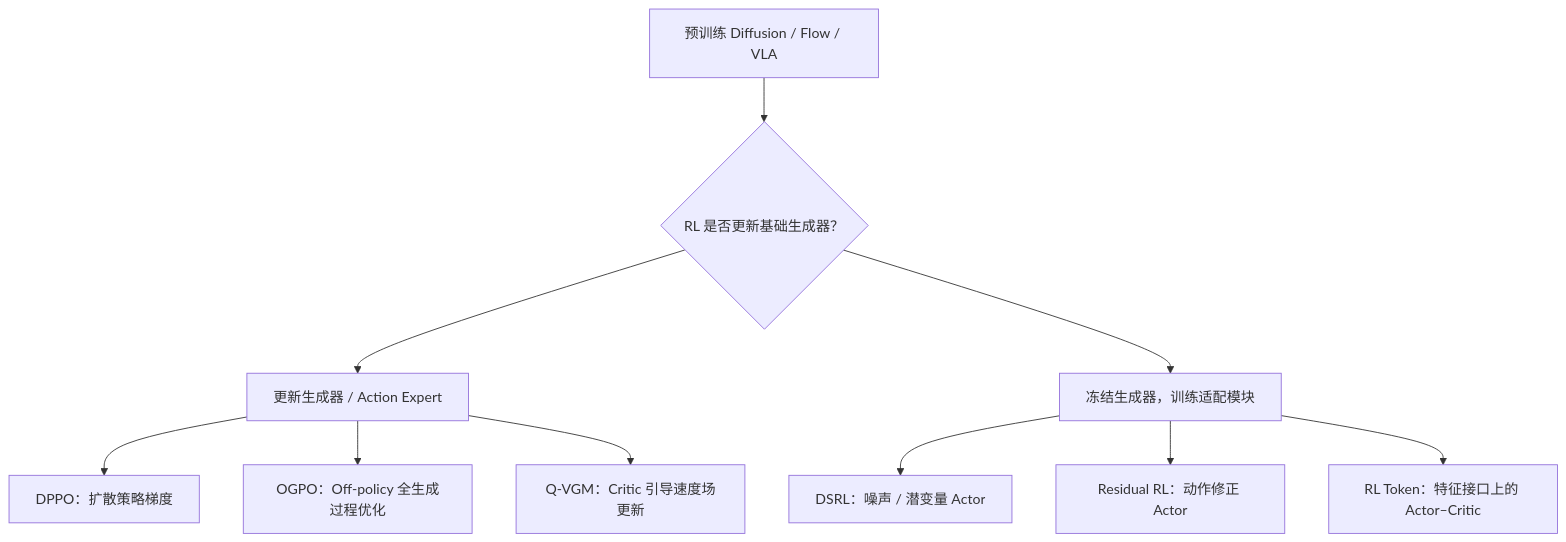
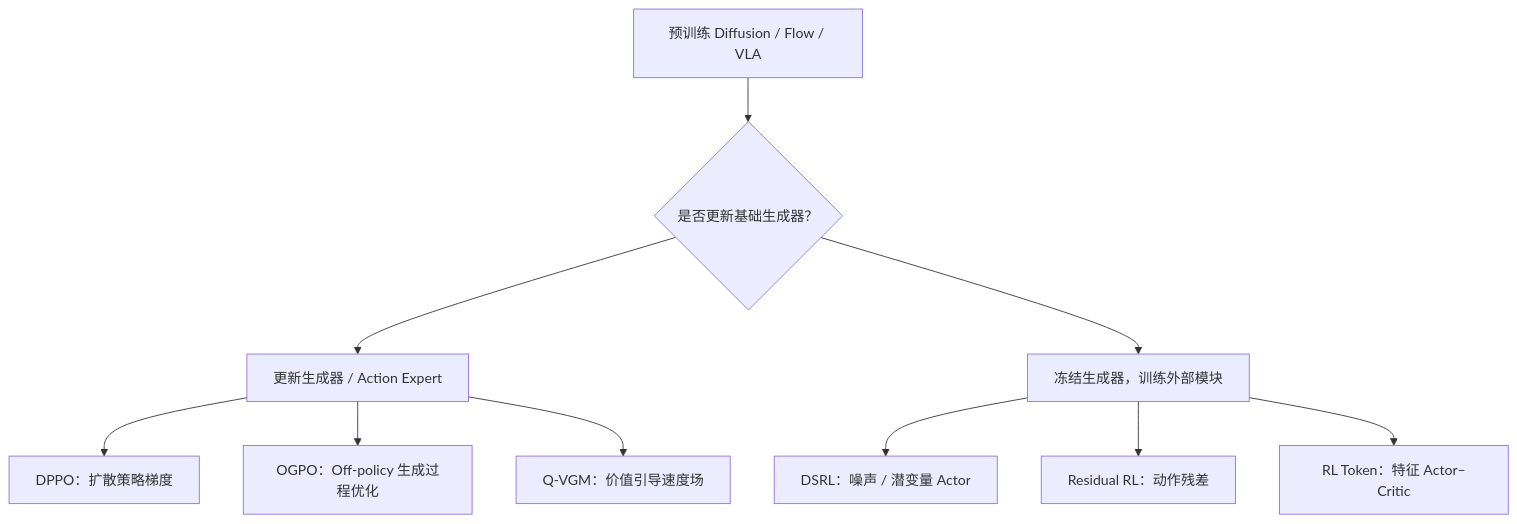
Before and after one commit to zengxiong111/Foundation_of_Embodied_AI: the second of 5 diagrams in md/RL_Post_Training_ZH.md, drawn with Mermaid. The commit also changed other lines of this file and 6 other files, not shown here.

````diff
--- a/md/RL_Post_Training_ZH.md
+++ b/md/RL_Post_Training_ZH.md
@@ -65,13 +64,13 @@
 ```mermaid
 %% FIG: taxonomy
 flowchart TB
-  P["预训练 Diffusion / Flow / VLA"] --> Q{"RL 是否更新基础生成器？"}
+  P["预训练 Diffusion / Flow / VLA"] --> Q{"是否更新基础生成器？"}
   Q --> U["更新生成器 / Action Expert"]
-  Q --> Z["冻结生成器，训练适配模块"]
+  Q --> Z["冻结生成器，训练外部模块"]
   U --> A["DPPO：扩散策略梯度"]
-  U --> B["OGPO：Off-policy 全生成过程优化"]
-  U --> C["Q-VGM：Critic 引导速度场更新"]
+  U --> B["OGPO：Off-policy 生成过程优化"]
+  U --> C["Q-VGM：价值引导速度场"]
   Z --> D["DSRL：噪声 / 潜变量 Actor"]
-  Z --> E["Residual RL：动作修正 Actor"]
-  Z --> F["RL Token：特征接口上的 Actor–Critic"]
+  Z --> E["Residual RL：动作残差"]
+  Z --> F["RL Token：特征 Actor–Critic"]
 ```
````
